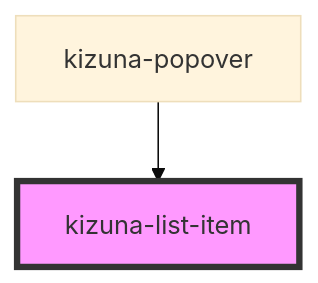
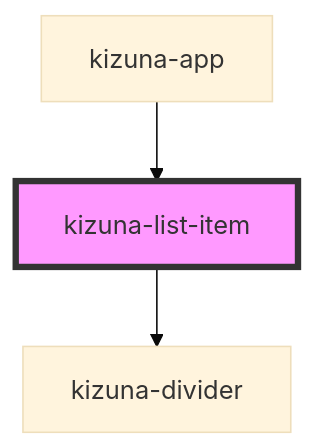
The diagram in kizuna-design-kit/src/components/kizuna-list-item/readme.md (hc-institute-japan/kizunakit), drawn with Mermaid (base theme) before and after one commit. The commit also changed other lines of this file and 16 other files, not shown here.

````diff
--- a/kizuna-design-kit/src/components/kizuna-list-item/readme.md
+++ b/kizuna-design-kit/src/components/kizuna-list-item/readme.md
@@ -27,5 +32,6 @@
 ```mermaid
 graph TD;
-  kizuna-popover --> kizuna-list-item
+  kizuna-list-item --> kizuna-divider
+  kizuna-app --> kizuna-list-item
   style kizuna-list-item fill:#f9f,stroke:#333,stroke-width:4px
 ```
````
